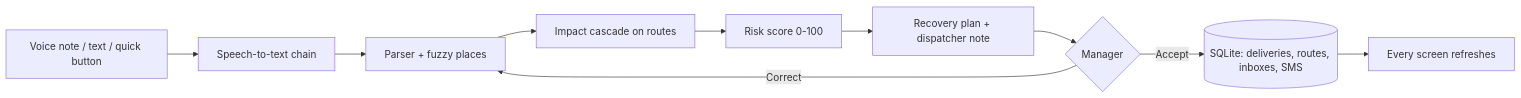
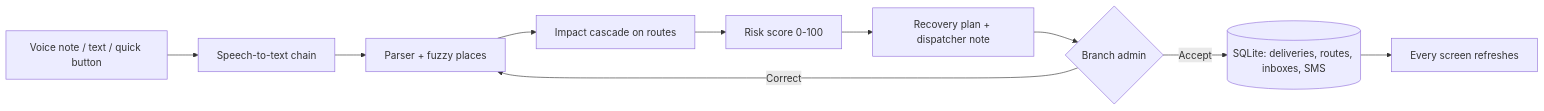
The second of 2 diagrams in README.md (vaiu0412/hack_inovix), drawn with Mermaid before and after one commit. The commit also changed other lines of this file and 3 other files, not shown here.

````diff
--- a/README.md
+++ b/README.md
@@ -98,12 +175,12 @@
 ```mermaid
 flowchart LR
   A[Voice note / text / quick button] --> B[Speech-to-text chain]
   B --> C[Parser + fuzzy places]
   C --> D[Impact cascade on routes]
   D --> E[Risk score 0-100]
   E --> F[Recovery plan + dispatcher note]
-  F --> G{Manager}
+  F --> G{Branch admin}
   G -- Accept --> H[(SQLite: deliveries, routes, inboxes, SMS)]
   G -- Correct --> C
   H --> I[Every screen refreshes]
 ```
````
